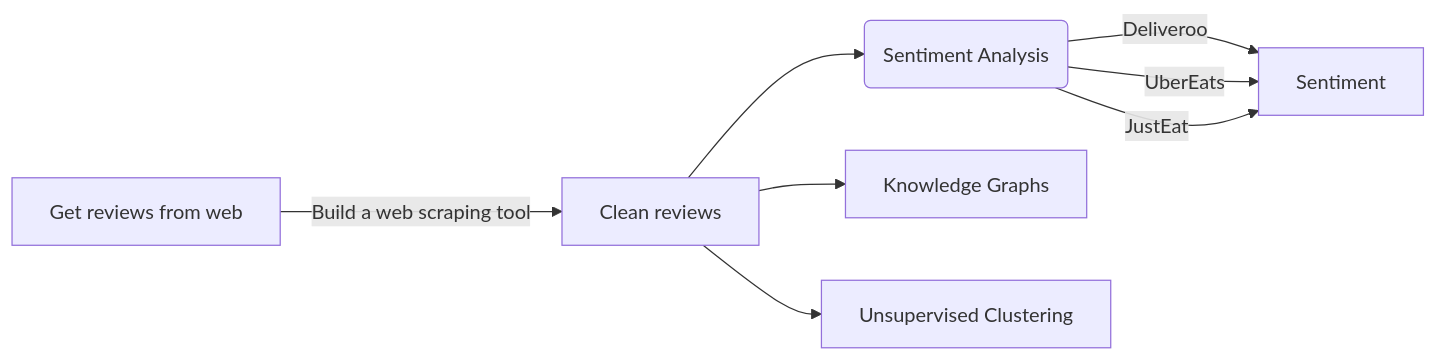
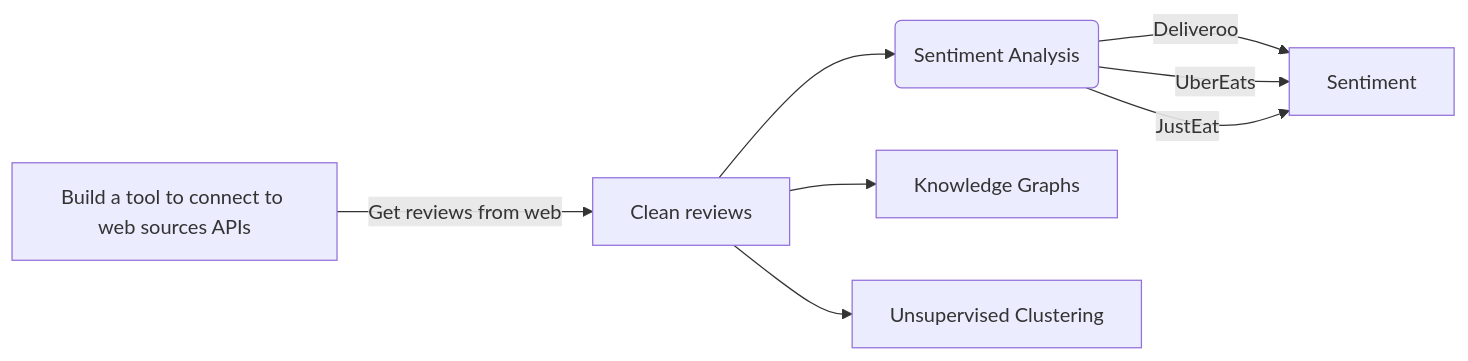
The diagram in README.md (gpsyrou/Text_Analysis_of_Consumer_Reviews), drawn with Mermaid before and after one commit. The commit also changed other lines of this file, not shown here.

Commit message:
update graph

````diff
--- a/README.md
+++ b/README.md
@@ -4,11 +4,10 @@
 ```mermaid
 graph   LR
-    A[Get reviews from web] -->|Build a web scraping tool| B[Clean reviews]
+    A[Build a tool to connect to web sources APIs] -->|Get reviews from web| B[Clean reviews]
     B --> C(Sentiment Analysis)
     C -->|Deliveroo| D[Sentiment]
     C -->|UberEats| D[Sentiment]
     C -->|JustEat| D[Sentiment]
     B --> E[Knowledge Graphs]
     B --> F[Unsupervised Clustering]
-
 ```
````
